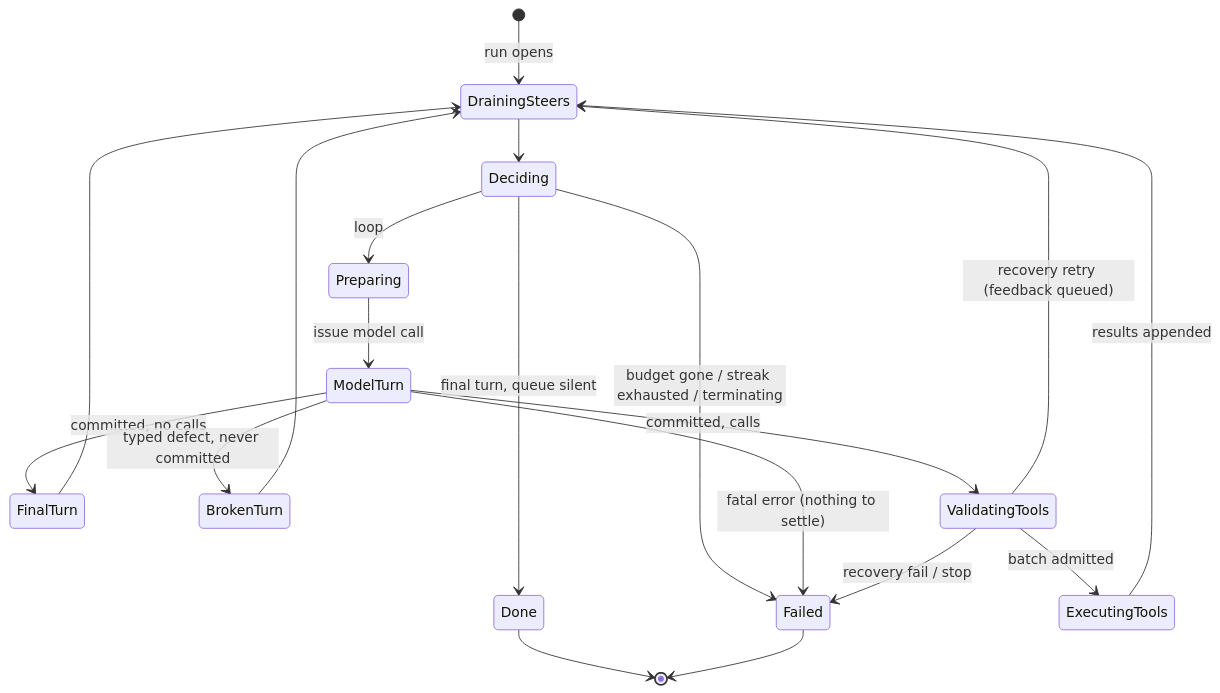
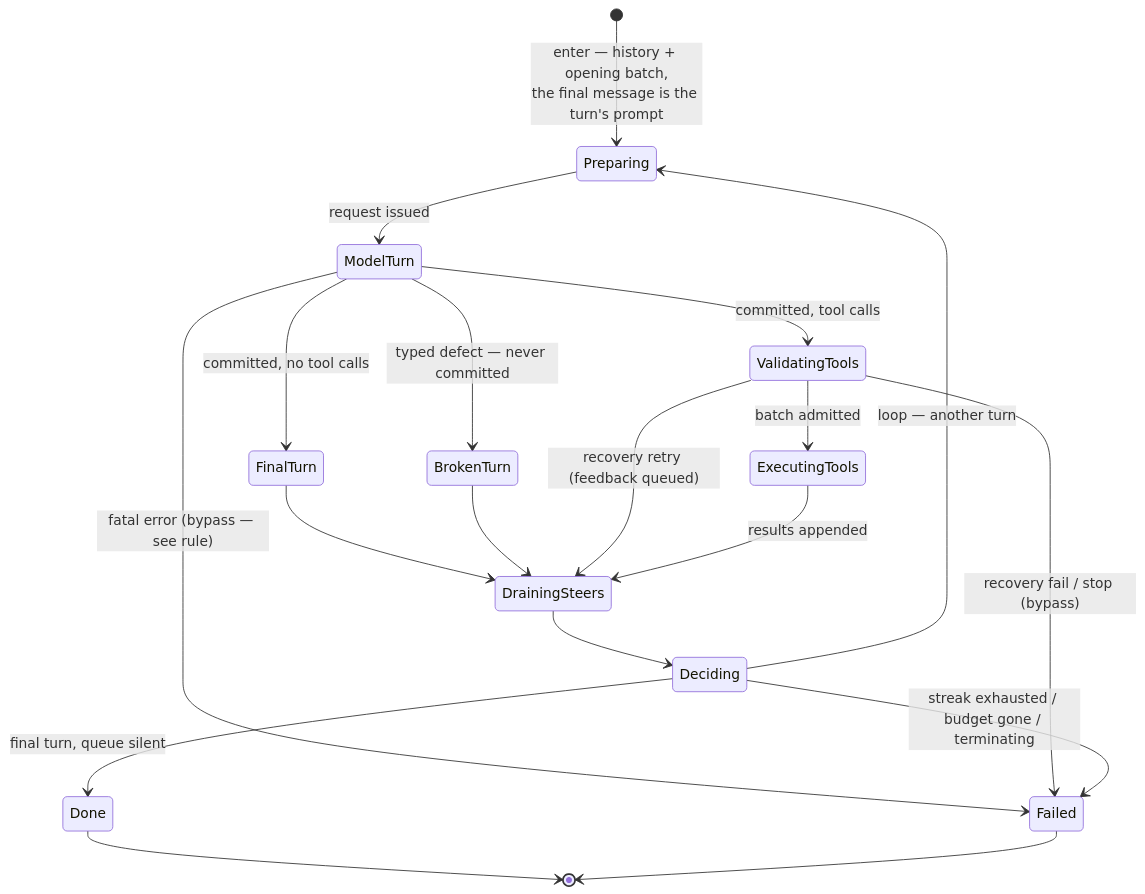
The second of 2 diagrams in ENGINE.md (JerryAZR/tabit), drawn with Mermaid before and after one commit. The commit also changed other lines of this file, not shown here.

First line of the commit message:
ENGINE.md: split into two layers — outer run lifecycle, inner turn machine

````diff
--- a/ENGINE.md
+++ b/ENGINE.md
@@ -69,21 +65,21 @@
 ```mermaid
 stateDiagram-v2
-    [*] --> DrainingSteers : run opens
-    DrainingSteers --> Deciding
-    Deciding --> Preparing : loop
-    Deciding --> Done : final turn, queue silent
-    Deciding --> Failed : budget gone / streak exhausted / terminating
-    Preparing --> ModelTurn : issue model call
-    ModelTurn --> FinalTurn : committed, no calls
-    ModelTurn --> BrokenTurn : typed defect, never committed
-    ModelTurn --> ValidatingTools : committed, calls
-    ModelTurn --> Failed : fatal error (nothing to settle)
+    [*] --> Preparing : enter — history + opening batch,<br/>the final message is the turn's prompt
+    Preparing --> ModelTurn : request issued
+    ModelTurn --> FinalTurn : committed, no tool calls
+    ModelTurn --> BrokenTurn : typed defect — never committed
+    ModelTurn --> ValidatingTools : committed, tool calls
+    ModelTurn --> Failed : fatal error (bypass — see rule)
     FinalTurn --> DrainingSteers
     BrokenTurn --> DrainingSteers
     ValidatingTools --> ExecutingTools : batch admitted
     ValidatingTools --> DrainingSteers : recovery retry (feedback queued)
-    ValidatingTools --> Failed : recovery fail / stop
+    ValidatingTools --> Failed : recovery fail / stop (bypass)
     ExecutingTools --> DrainingSteers : results appended
+    DrainingSteers --> Deciding
+    Deciding --> Preparing : loop — another turn
+    Deciding --> Done : final turn, queue silent
+    Deciding --> Failed : streak exhausted / budget gone / terminating
     Done --> [*]
     Failed --> [*]
 ```
````
